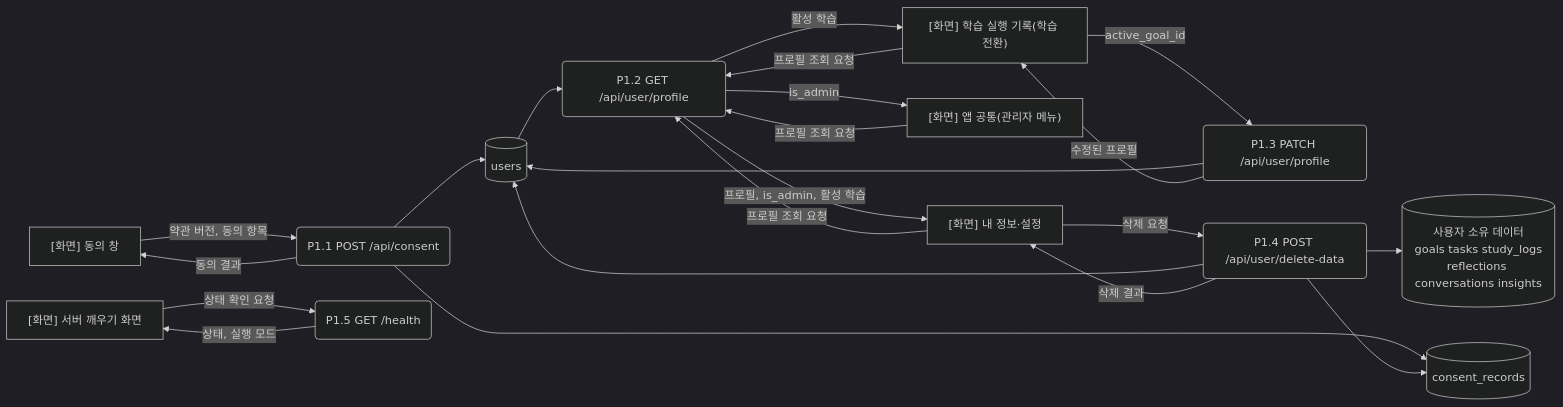
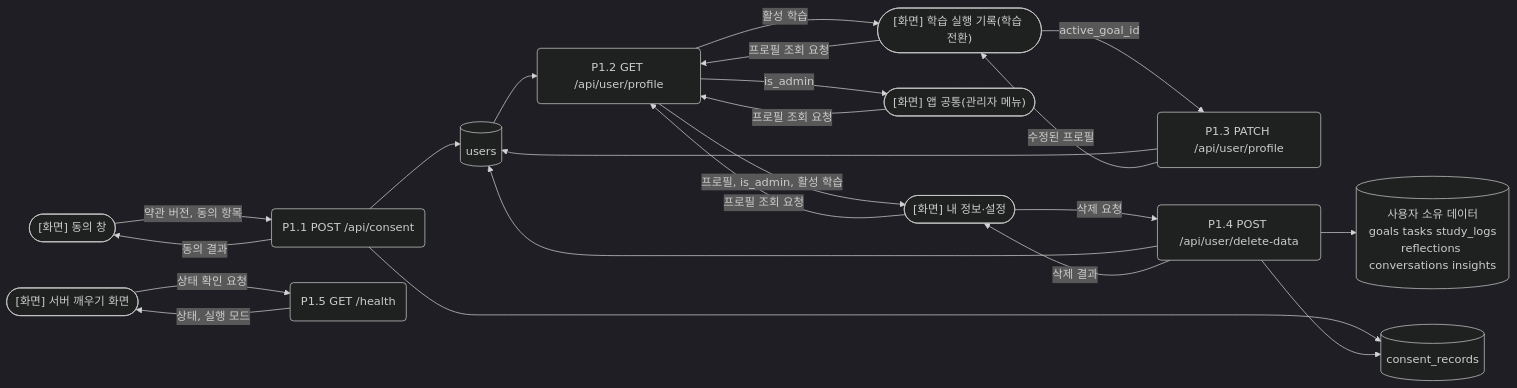
One commit to yong05610/ai-n-fprj changed the fourth of 12 diagrams in docs/architecture_dfd.md. Above: the diagram before and after it, drawn with Mermaid (dark theme). The commit also changed other lines of this file, not shown here.

````diff
--- a/docs/architecture_dfd.md
+++ b/docs/architecture_dfd.md
@@ -152,38 +152,38 @@
 ```mermaid
 flowchart LR
-    S1["[화면] 동의 창"]
-    S2["[화면] 내 정보·설정"]
-    S3["[화면] 앱 공통(관리자 메뉴)"]
-    S4["[화면] 학습 실행 기록(학습 전환)"]
-    S5["[화면] 서버 깨우기 화면"]
+    S1(["[화면] 동의 창"])
+    S2(["[화면] 내 정보·설정"])
+    S3(["[화면] 앱 공통(관리자 메뉴)"])
+    S4(["[화면] 학습 실행 기록(학습 전환)"])
+    S5(["[화면] 서버 깨우기 화면"])
     P11("P1.1 POST /api/consent")
     P12("P1.2 GET /api/user/profile")
     P13("P1.3 PATCH /api/user/profile")
     P14("P1.4 POST /api/user/delete-data")
     P15("P1.5 GET /health")
     DU[("users")]
     DC[("consent_records")]
     DO[("사용자 소유 데이터<br/>goals tasks study_logs<br/>reflections conversations insights")]
 
     S1 -->|"약관 버전, 동의 항목"| P11
     P11 -->|"동의 결과"| S1
     P11 --> DU
     P11 --> DC
     S2 -->|"프로필 조회 요청"| P12
     S3 -->|"프로필 조회 요청"| P12
     S4 -->|"프로필 조회 요청"| P12
     DU --> P12
     P12 -->|"프로필, is_admin, 활성 학습"| S2
     P12 -->|"is_admin"| S3
     P12 -->|"활성 학습"| S4
     S4 -->|"active_goal_id"| P13
     P13 --> DU
     P13 -->|"수정된 프로필"| S4
     S2 -->|"삭제 요청"| P14
     P14 --> DU
     P14 --> DC
     P14 --> DO
     P14 -->|"삭제 결과"| S2
     S5 -->|"상태 확인 요청"| P15
     P15 -->|"상태, 실행 모드"| S5
 ```
````
